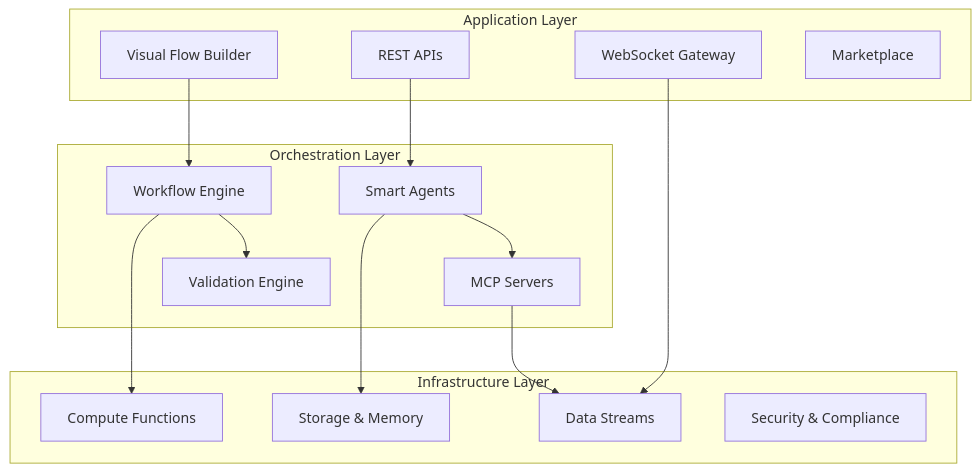
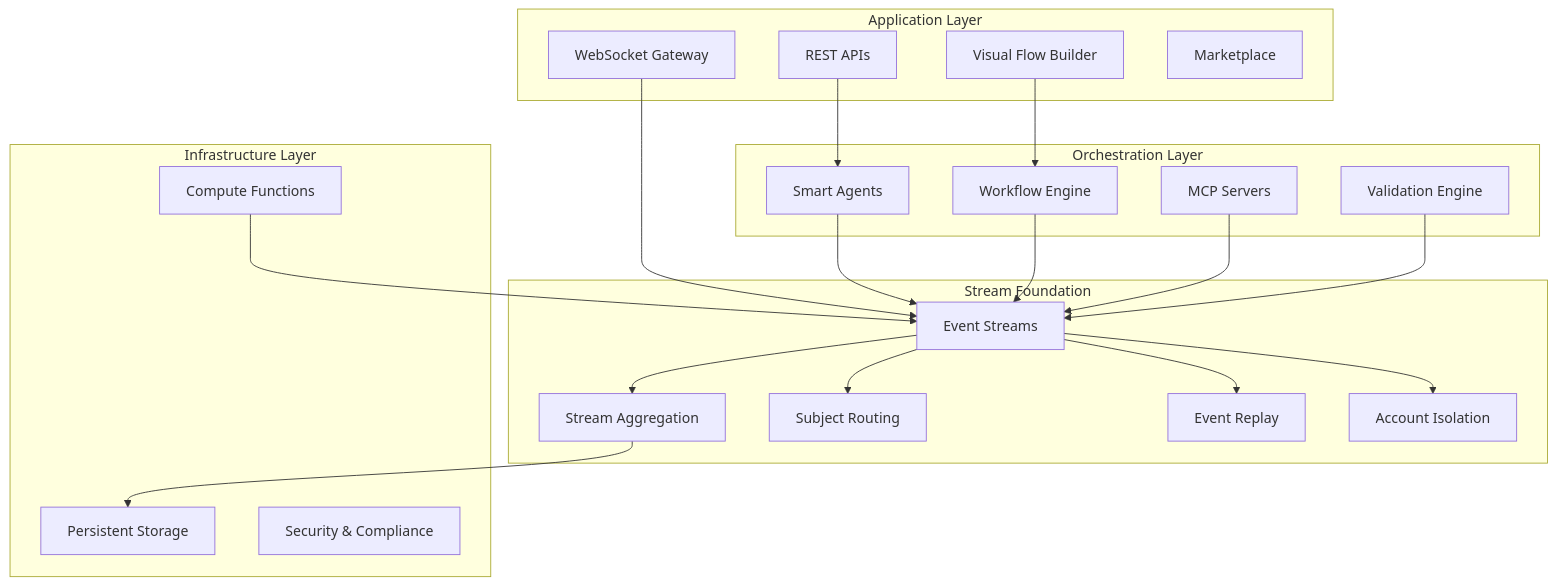
One commit to QuivaWorks/quiva.ai changed the first of 2 diagrams in docs/welcome-to-microstrate/development.mdx. Above: the diagram before and after it, drawn with Mermaid. The commit also changed other lines of this file and 7 other files, not shown here.

````diff
--- a/docs/welcome-to-microstrate/development.mdx
+++ b/docs/welcome-to-microstrate/development.mdx
@@ -10,32 +14,44 @@
 ```mermaid
 graph TB
     subgraph "Application Layer"
         UI[Visual Flow Builder]
         API[REST APIs]
         WS[WebSocket Gateway]
         MP[Marketplace]
     end
     
     subgraph "Orchestration Layer"
         AGT[Smart Agents]
         WF[Workflow Engine]
         MCP[MCP Servers]
         VAL[Validation Engine]
     end
     
+    subgraph "Stream Foundation"
+        STREAM[Event Streams]
+        FOLD[Stream Aggregation]
+        SUBJ[Subject Routing]
+        REPLAY[Event Replay]
+        ACCT[Account Isolation]
+    end
+    
     subgraph "Infrastructure Layer"
         COMP[Compute Functions]
-        STOR[Storage & Memory]
-        STRM[Data Streams]
+        STOR[Persistent Storage]
         SEC[Security & Compliance]
     end
     
     UI --> WF
     API --> AGT
-    WS --> STRM
-    AGT --> MCP
-    WF --> VAL
-    WF --> COMP
-    AGT --> STOR
-    MCP --> STRM
+    WS --> STREAM
+    AGT --> STREAM
+    WF --> STREAM
+    MCP --> STREAM
+    STREAM --> FOLD
+    STREAM --> SUBJ
+    STREAM --> REPLAY
+    STREAM --> ACCT
+    FOLD --> STOR
+    VAL --> STREAM
+    COMP --> STREAM
 ```
````
